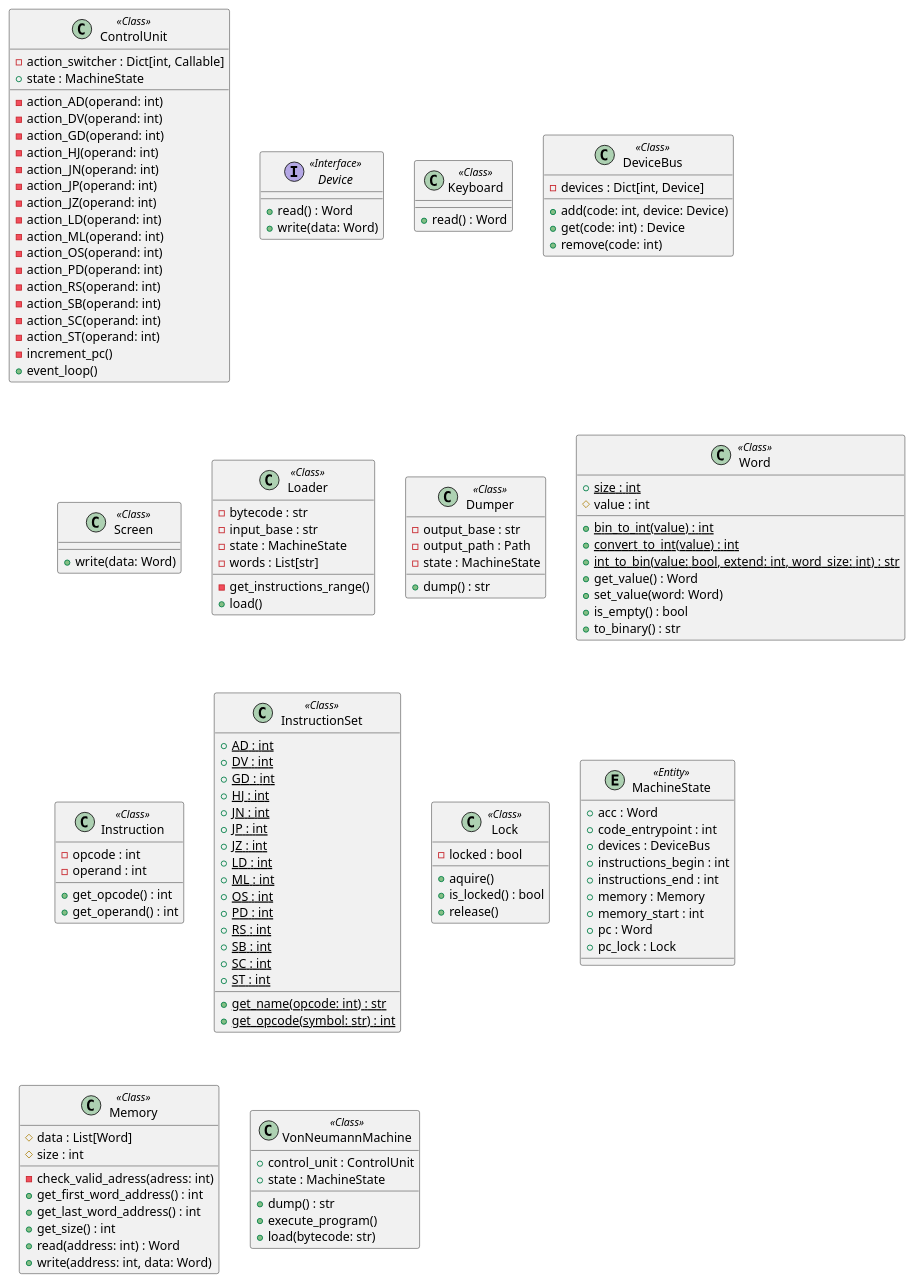
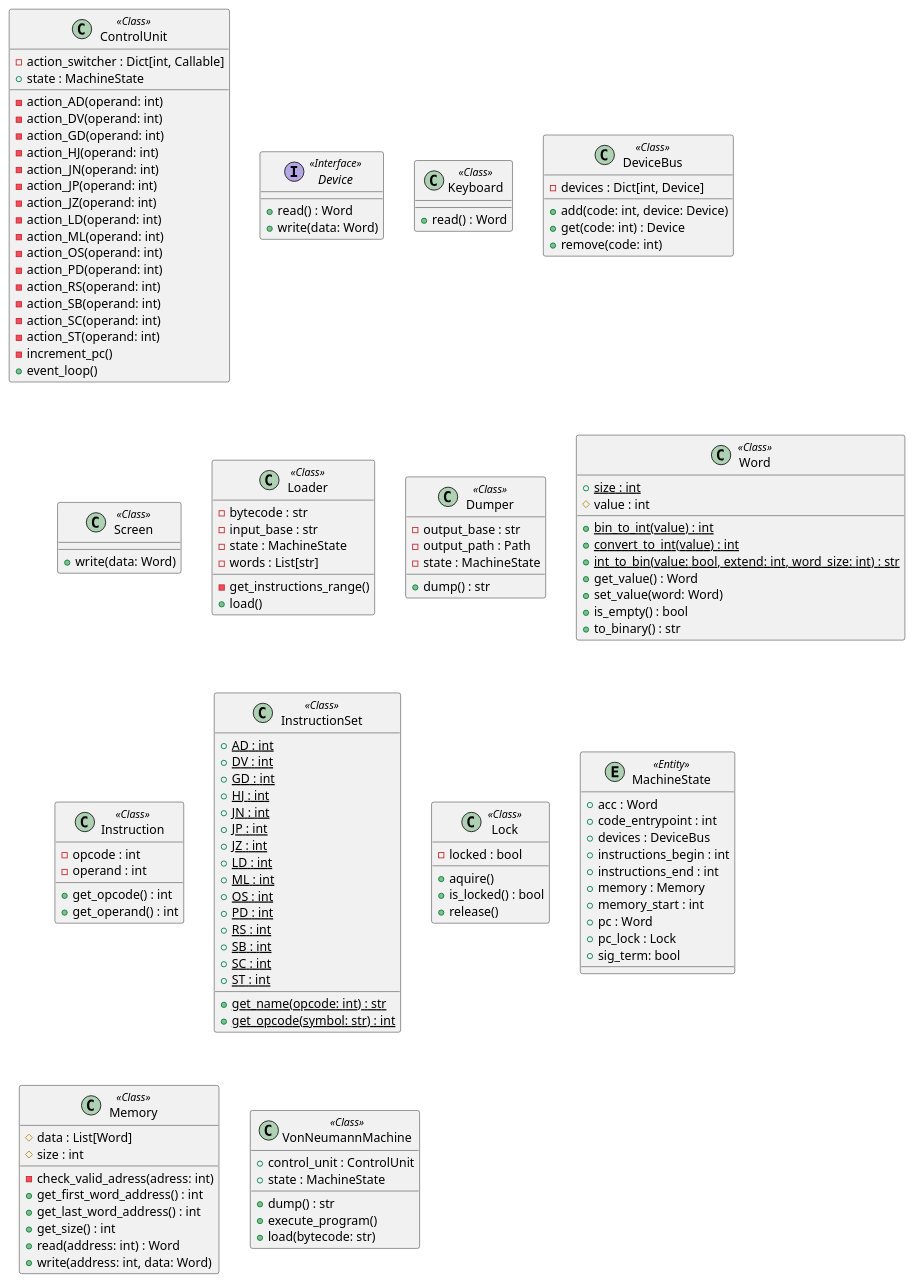
One commit to nmcardoso/von-neumann-machine changed the diagram in uml/classes.iuml. Above: the diagram before and after it, drawn with PlantUML. The commit also changed 14 other files, not shown here.

Commit message:
:gear: automação dos diagramas

```diff
--- a/uml/classes.iuml
+++ b/uml/classes.iuml
@@ -1,178 +1,179 @@
 @startuml classes
 set namespaceSeparator none
 
 ''''''''''''''''''''''''''''''''''''''''''''''
 '''''''''''''' PACKAGE: CONTROL ''''''''''''''
 ''''''''''''''''''''''''''''''''''''''''''''''
 
 class "ControlUnit" as pyvnm.vm.control.ControlUnit <<Class>> {
   -action_switcher : Dict[int, Callable]
   +state : MachineState
   -action_AD(operand: int)
   -action_DV(operand: int)
   -action_GD(operand: int)
   -action_HJ(operand: int)
   -action_JN(operand: int)
   -action_JP(operand: int)
   -action_JZ(operand: int)
   -action_LD(operand: int)
   -action_ML(operand: int)
   -action_OS(operand: int)
   -action_PD(operand: int)
   -action_RS(operand: int)
   -action_SB(operand: int)
   -action_SC(operand: int)
   -action_ST(operand: int)
   -increment_pc()
   +event_loop()
 }
 
 
 '''''''''''''''''''''''''''''''''''''''''''''
 '''''''''''''' PACKAGE: DEVICE ''''''''''''''
 '''''''''''''''''''''''''''''''''''''''''''''
 
 interface "Device" as pyvnm.vm.device.Device <<Interface>> {
   +read() : Word
   +write(data: Word)
 }
 
 class "Keyboard" as pyvnm.vm.device.Keyboard <<Class>> {
   +read() : Word
 }
 
 class "DeviceBus" as pyvnm.vm.device.DeviceBus <<Class>> {
   -devices : Dict[int, Device]
   +add(code: int, device: Device)
   +get(code: int) : Device 
   +remove(code: int)
 }
 
 class "Screen" as pyvnm.vm.device.Screen <<Class>> {
   +write(data: Word)
 }
 
 
 '''''''''''''''''''''''''''''''''''''''''
 '''''''''''''' PACKAGE: IO ''''''''''''''
 '''''''''''''''''''''''''''''''''''''''''
 
 class "Loader" as pyvnm.vm.io.Loader <<Class>> {
   -bytecode : str
   -input_base : str
   -state : MachineState
   -words : List[str]
   -get_instructions_range()
   +load()
 }
 
 class "Dumper" as pyvnm.vm.io.Dumper <<Class>> {
   -output_base : str
   -output_path : Path
   -state : MachineState
   +dump() : str
 }
 
 
 ''''''''''''''''''''''''''''''''''''''''''
 '''''''''''''' PACKAGE: ISA ''''''''''''''
 ''''''''''''''''''''''''''''''''''''''''''
 
 class "Word" as pyvnm.vm.isa.Word <<Class>> {
   +{static}size : int
   #value : int
   +{static}bin_to_int(value) : int
   +{static}convert_to_int(value) : int
   +{static}int_to_bin(value: bool, extend: int, word_size: int) : str
   +get_value() : Word
   +set_value(word: Word)
   +is_empty() : bool
   +to_binary() : str
 }
 
 class "Instruction" as pyvnm.vm.isa.Instruction <<Class>> {
   -opcode : int
   -operand : int
   +get_opcode() : int
   +get_operand() : int
   ' +{static}build(opcode: int, operand: int) : Instruction
 }
 
 class "InstructionSet" as pyvnm.vm.isa.InstructionSet <<Class>> {
   +{static}AD : int
   +{static}DV : int
   +{static}GD : int
   +{static}HJ : int
   +{static}JN : int
   +{static}JP : int
   +{static}JZ : int
   +{static}LD : int
   +{static}ML : int
   +{static}OS : int
   +{static}PD : int
   +{static}RS : int
   +{static}SB : int
   +{static}SC : int
   +{static}ST : int
   +{static}get_name(opcode: int) : str
   +{static}get_opcode(symbol: str) : int
 }
 
 
 '''''''''''''''''''''''''''''''''''''''''''''
 '''''''''''''' PACKAGE: UTILS '''''''''''''''
 '''''''''''''''''''''''''''''''''''''''''''''
 
 class "Lock" as pyvnm.vm.utils.Lock <<Class>> {
   -locked : bool
   +aquire()
   +is_locked() : bool
   +release()
 }
 
 
 ''''''''''''''''''''''''''''''''''''''''''''
 '''''''''''''' PACKAGE: STATE ''''''''''''''
 ''''''''''''''''''''''''''''''''''''''''''''
 
 entity "MachineState" as pyvnm.vm.state.MachineState <<Entity>> {
   +acc : Word
   +code_entrypoint : int
   +devices : DeviceBus
   +instructions_begin : int
   +instructions_end : int
   +memory : Memory
   +memory_start : int
   +pc : Word
   +pc_lock : Lock
+  +sig_term: bool
 }
 
 
 '''''''''''''''''''''''''''''''''''''''''''''
 '''''''''''''' PACKAGE: MEMORY ''''''''''''''
 '''''''''''''''''''''''''''''''''''''''''''''
 
 class "Memory" as pyvnm.vm.memory.Memory <<Class>> {
   #data : List[Word]
   #size : int
   -check_valid_adress(adress: int)
   +get_first_word_address() : int
   +get_last_word_address() : int
   +get_size() : int
   +read(address: int) : Word
   +write(address: int, data: Word)
 }
 
 
 ''''''''''''''''''''''''''''''''''''''''''
 '''''''''''''' PACKAGE: VNM ''''''''''''''
 ''''''''''''''''''''''''''''''''''''''''''
 
 class "VonNeumannMachine" as pyvnm.vm.vnm.VonNeumannMachine <<Class>> {
   +control_unit : ControlUnit
   +state : MachineState
   +dump() : str
   +execute_program()
   +load(bytecode: str)
 }
 @enduml
```
